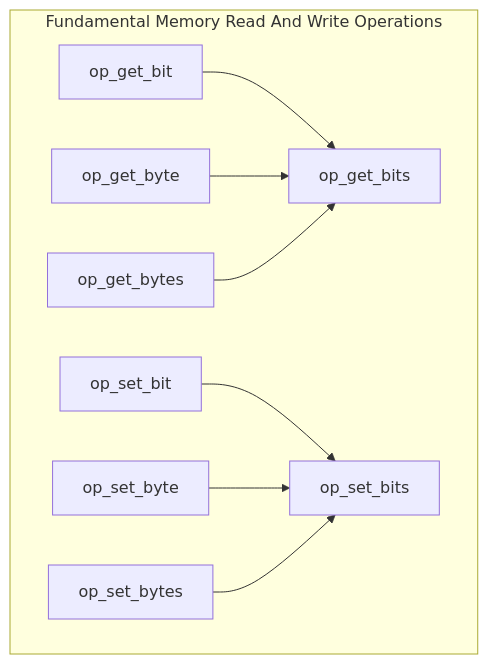
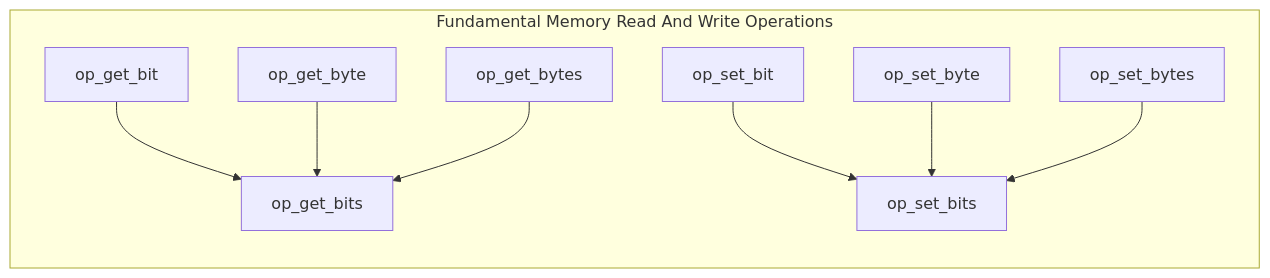
Before and after one commit to Pebaz/tidbytes: the fifth of 11 diagrams in README.md, drawn with Mermaid. The commit also changed other lines of this file, not shown here.

````diff
--- a/README.md
+++ b/README.md
@@ -68,15 +68,15 @@
 ```mermaid
-graph TD;
+graph RL;
     subgraph Fundamental Memory Read And Write Operations
         %% direction RL
         op_get_bit --> op_get_bits
         op_get_byte --> op_get_bits
         op_get_bytes --> op_get_bits
         op_get_bits
 
         op_set_bit --> op_set_bits
         op_set_byte --> op_set_bits
         op_set_bytes --> op_set_bits
         op_set_bits
     end
 ```
````
